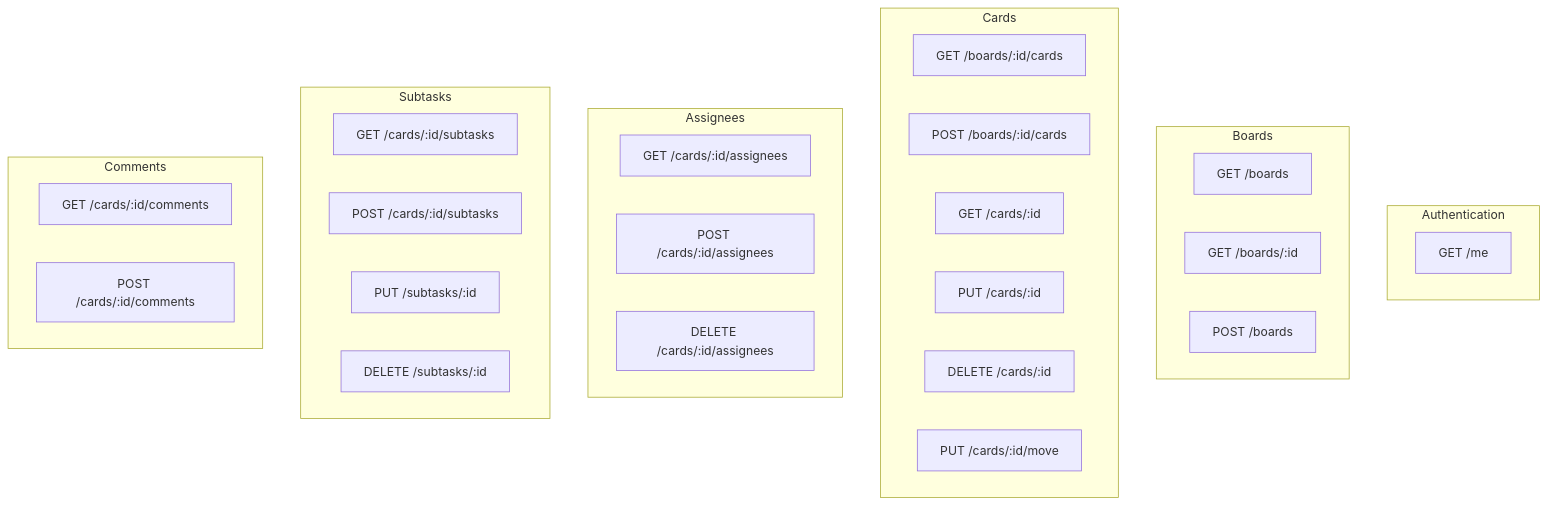
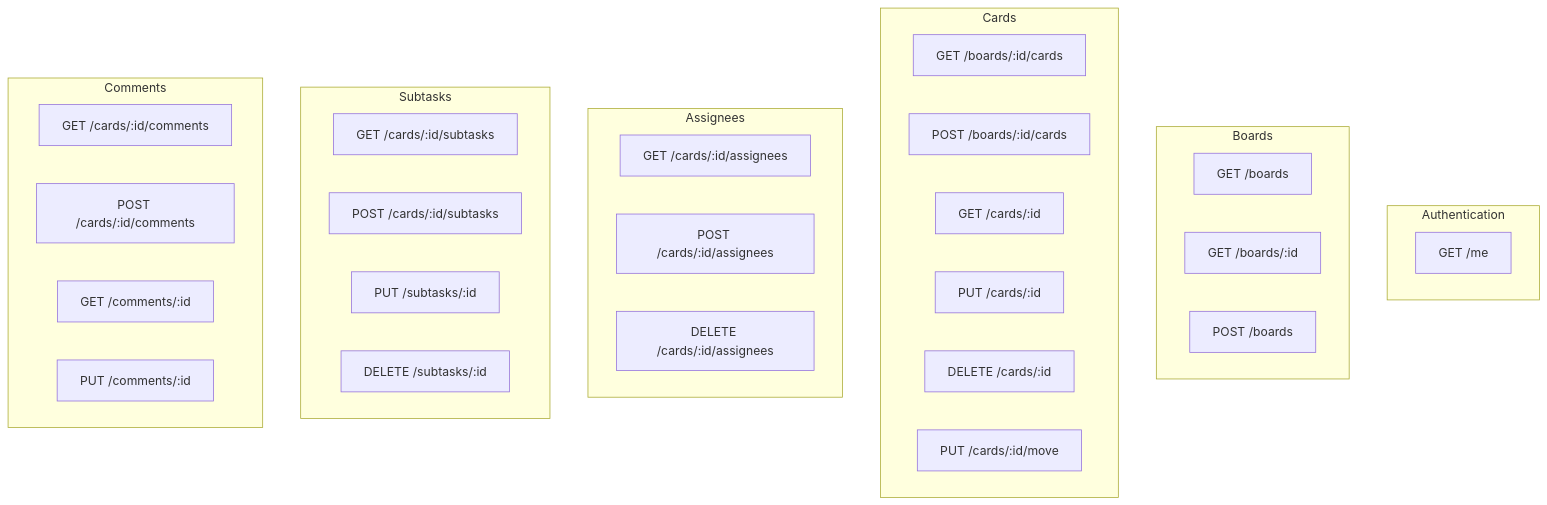
The diagram in docs/api-reference.md (gitBoon/DumpFire), drawn with Mermaid before and after one commit. The commit also changed other lines of this file and 14 other files, not shown here.

````diff
--- a/docs/api-reference.md
+++ b/docs/api-reference.md
@@ -70,39 +70,41 @@
 ```mermaid
 flowchart TB
     subgraph Auth["Authentication"]
         Me["GET /me"]
     end
 
     subgraph Boards["Boards"]
         ListBoards["GET /boards"]
         GetBoard["GET /boards/:id"]
         CreateBoard["POST /boards"]
     end
 
     subgraph Cards["Cards"]
         ListCards["GET /boards/:id/cards"]
         CreateCard["POST /boards/:id/cards"]
         GetCard["GET /cards/:id"]
         UpdateCard["PUT /cards/:id"]
         DeleteCard["DELETE /cards/:id"]
         MoveCard["PUT /cards/:id/move"]
     end
 
     subgraph Assignees["Assignees"]
         ListAssignees["GET /cards/:id/assignees"]
         AddAssignee["POST /cards/:id/assignees"]
         RemoveAssignee["DELETE /cards/:id/assignees"]
     end
 
     subgraph Subtasks["Subtasks"]
         ListSubtasks["GET /cards/:id/subtasks"]
         CreateSubtask["POST /cards/:id/subtasks"]
         UpdateSubtask["PUT /subtasks/:id"]
         DeleteSubtask["DELETE /subtasks/:id"]
     end
 
     subgraph Comments["Comments"]
         ListComments["GET /cards/:id/comments"]
         AddComment["POST /cards/:id/comments"]
+        GetComment["GET /comments/:id"]
+        EditComment["PUT /comments/:id"]
     end
 ```
````
